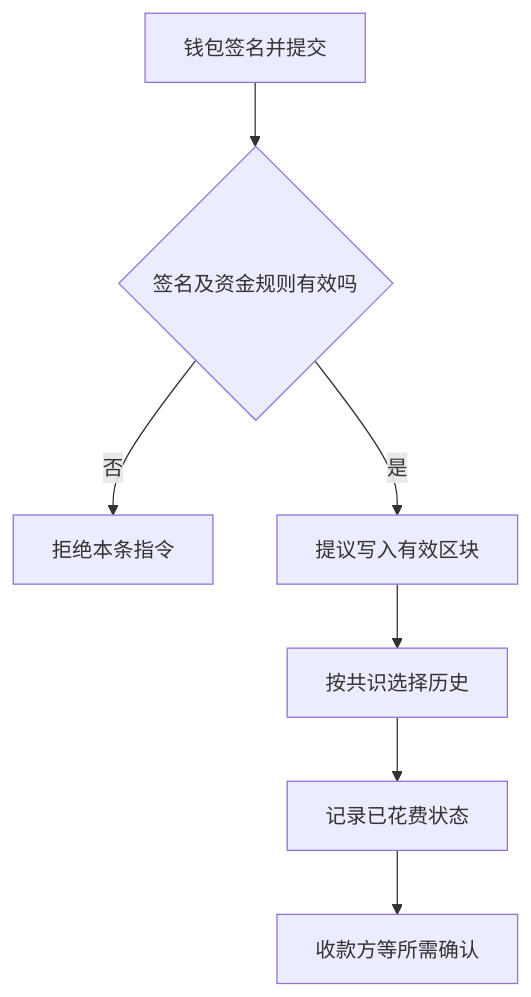
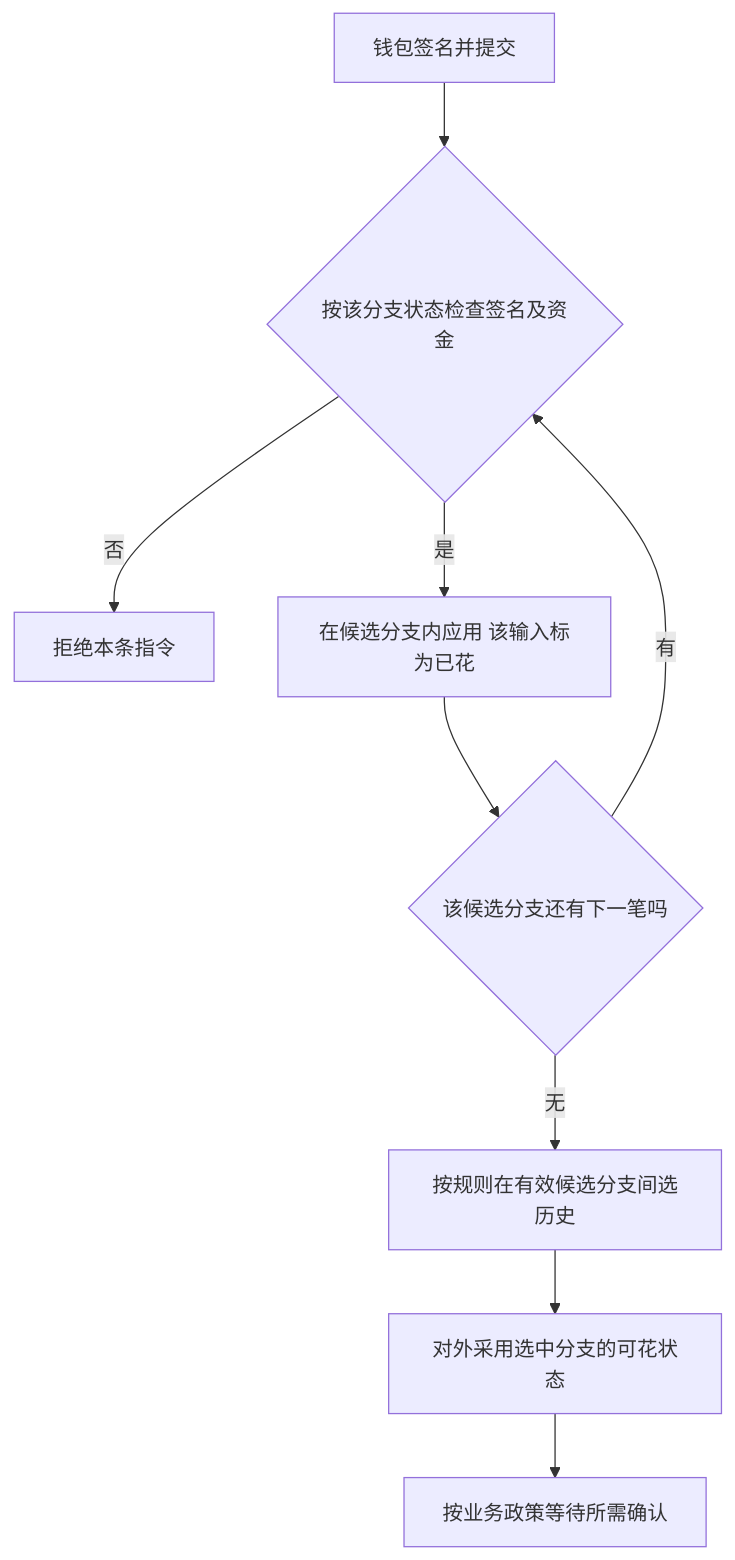
Before and after one commit to CercaTrovato/cityu-ai-course-notes: the fifth of 13 diagrams in EF5560_Fintech_and_AI_in_Finance/notes/M06-FinTech概览与区块链.md, drawn with Mermaid. The commit also changed other lines of this file and 2300 other files, not shown here.

First line of the commit message:
完善五课程逐页学习笔记、课件原图与修补规范

````diff
--- a/EF5560_Fintech_and_AI_in_Finance/notes/M06-FinTech概览与区块链.md
+++ b/EF5560_Fintech_and_AI_in_Finance/notes/M06-FinTech概览与区块链.md
@@ -887,9 +1816,11 @@
 ```mermaid
 flowchart TD
- A[钱包签名并提交] --> B{签名及资金规则有效吗}
+ A[钱包签名并提交] --> B{按该分支状态检查签名及资金}
  B -- 否 --> C[拒绝本条指令]
- B -- 是 --> D[提议写入有效区块]
- D --> E[按共识选择历史]
- E --> F[记录已花费状态]
- F --> G[收款方等所需确认]
+ B -- 是 --> D[在候选分支内应用 该输入标为已花]
+ D --> E{该候选分支还有下一笔吗}
+ E -- 有 --> B
+ E -- 无 --> F[按规则在有效候选分支间选历史]
+ F --> G[对外采用选中分支的可花状态]
+ G --> H[按业务政策等待所需确认]
 ```
````
